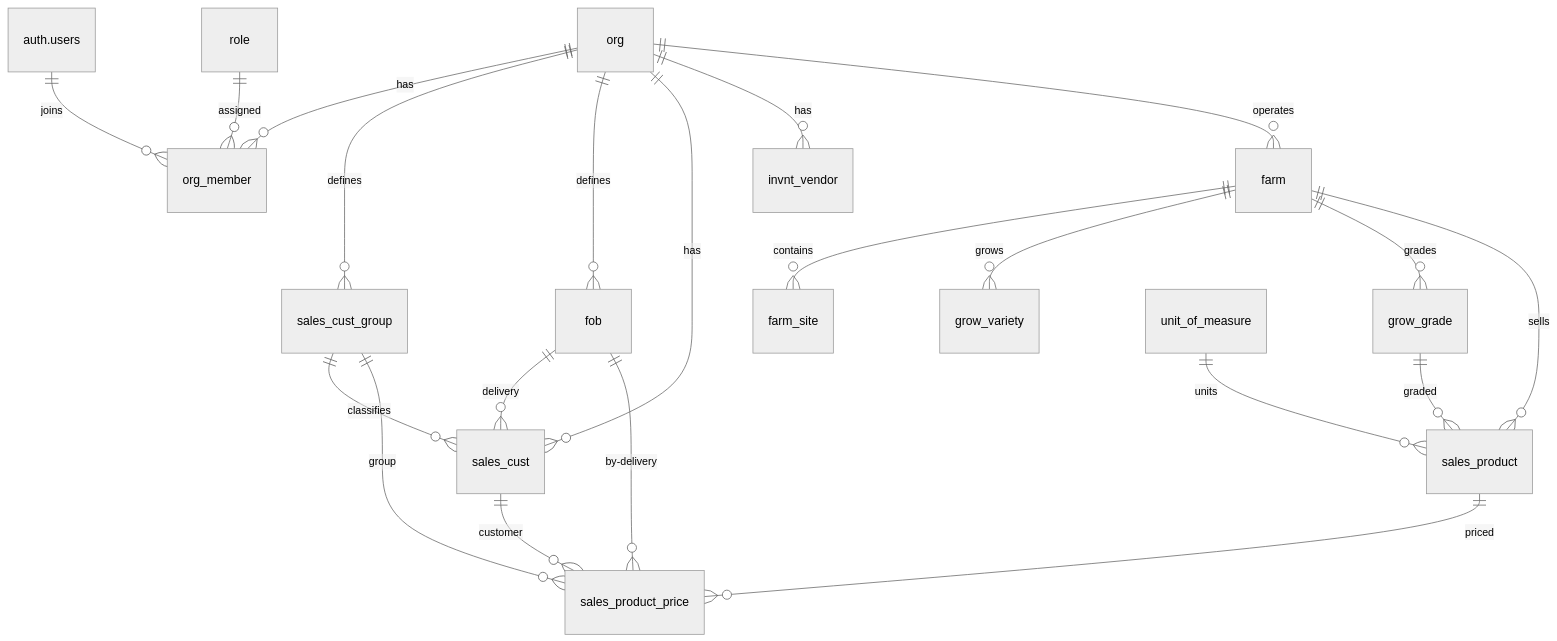
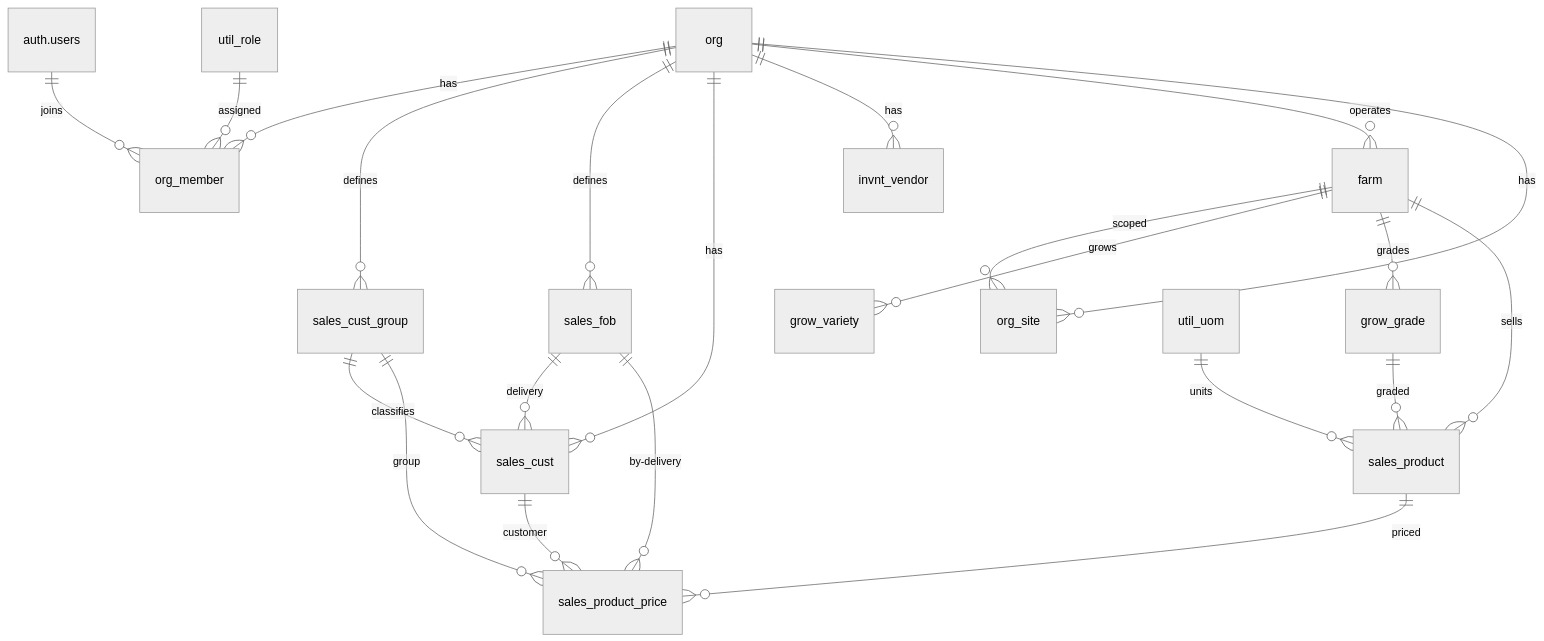
One commit to Hawaii-Farming/aloha-app changed the diagram in docs/schemas/core.md. Above: the diagram before and after it, drawn with Mermaid (neutral theme). The commit also changed other lines of this file and 53 other files, not shown here.

First line of the commit message:
Schema changes

````diff
--- a/docs/schemas/core.md
+++ b/docs/schemas/core.md
@@ -7,23 +7,24 @@
 ```mermaid
 erDiagram
     org ||--o{ org_member : has
     auth.users ||--o{ org_member : joins
-    role ||--o{ org_member : assigned
+    util_role ||--o{ org_member : assigned
     org ||--o{ sales_cust_group : defines
-    org ||--o{ fob : defines
+    org ||--o{ sales_fob : defines
     org ||--o{ sales_cust : has
     sales_cust_group ||--o{ sales_cust : classifies
-    fob ||--o{ sales_cust : delivery
+    sales_fob ||--o{ sales_cust : delivery
     org ||--o{ invnt_vendor : has
     org ||--o{ farm : operates
-    farm ||--o{ farm_site : contains
+    org ||--o{ org_site : has
+    farm ||--o{ org_site : scoped
     farm ||--o{ grow_variety : grows
     farm ||--o{ grow_grade : grades
     farm ||--o{ sales_product : sells
     grow_grade ||--o{ sales_product : graded
-    unit_of_measure ||--o{ sales_product : units
+    util_uom ||--o{ sales_product : units
     sales_product ||--o{ sales_product_price : priced
-    fob ||--o{ sales_product_price : by-delivery
+    sales_fob ||--o{ sales_product_price : by-delivery
     sales_cust ||--o{ sales_product_price : customer
     sales_cust_group ||--o{ sales_product_price : group
 ```
````
